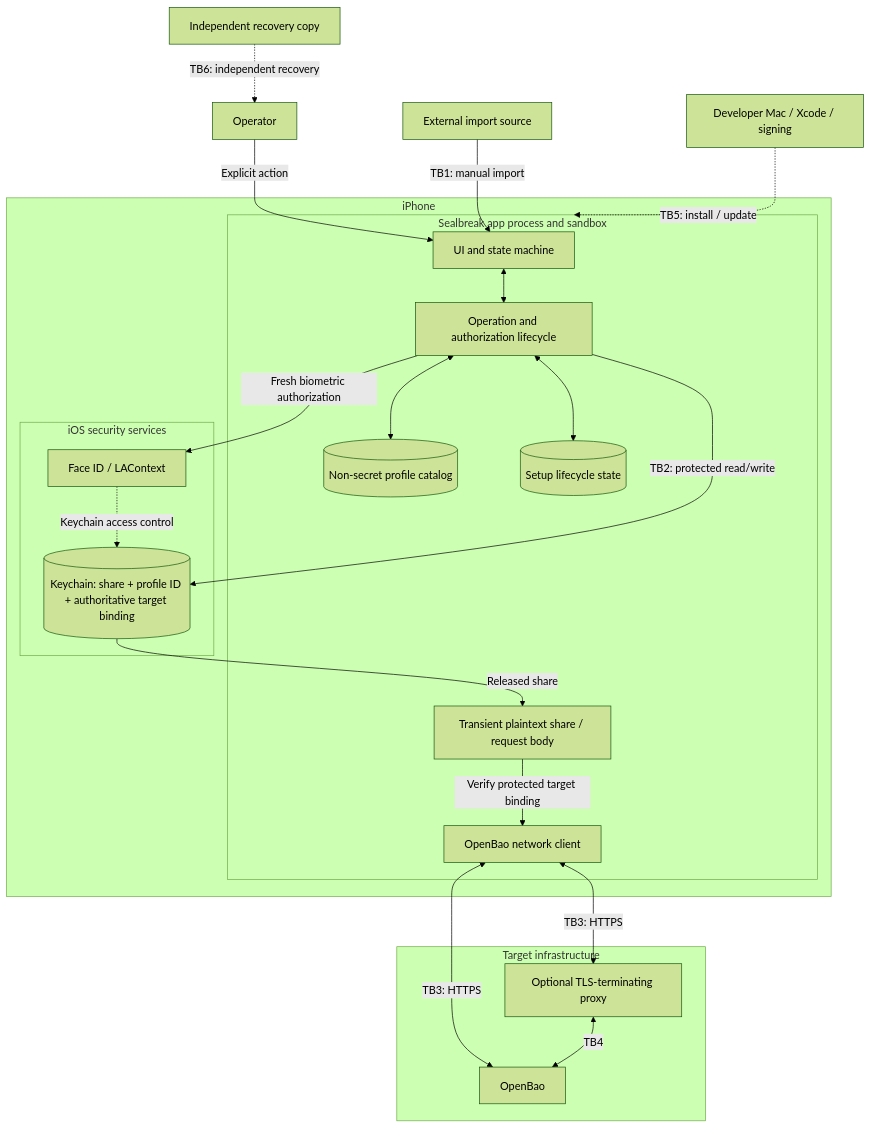
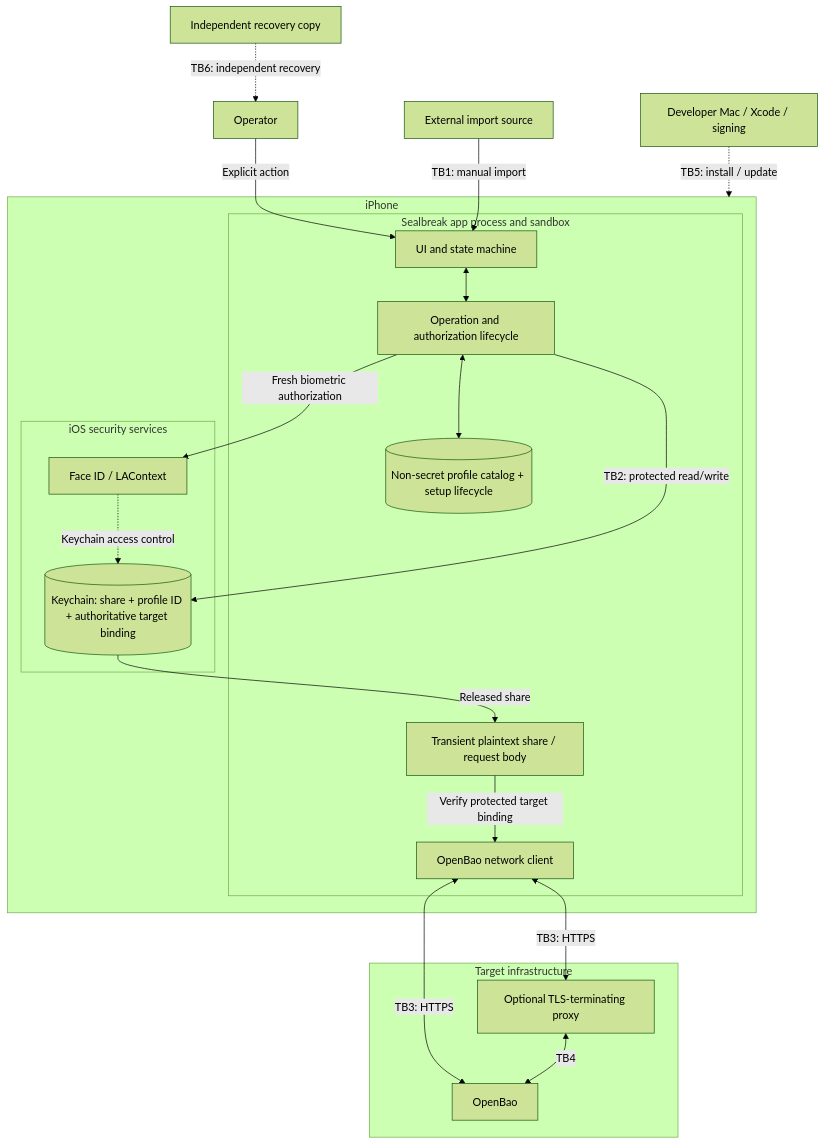
One commit to GeorgesAlkhouri/sealbreak changed the first of 2 diagrams in THREAT_MODEL.md. Above: the diagram before and after it, drawn with Mermaid (forest theme). The commit also changed other lines of this file, not shown here.

Commit message:
docs(threat-model): describe unified profile lifecycle

````diff
--- a/THREAT_MODEL.md
+++ b/THREAT_MODEL.md
@@ -58,47 +58,45 @@
 ```mermaid
 flowchart TB
     OP["Operator"]
     IMPORT["External import source"]
     REC["Independent recovery copy"]
     BUILD["Developer Mac / Xcode / signing"]
 
     subgraph PHONE["iPhone"]
         subgraph APP["Sealbreak app process and sandbox"]
             UI["UI and state machine"]
             MODEL["Operation and authorization lifecycle"]
-            DISPLAY[("Non-secret profile catalog")]
-            SETUPSTATE[("Setup lifecycle state")]
+            DISPLAY[("Non-secret profile catalog + setup lifecycle")]
             MEM["Transient plaintext share / request body"]
             NET["OpenBao network client"]
         end
 
         subgraph IOS["iOS security services"]
             AUTH["Face ID / LAContext"]
             KC[("Keychain: share + profile ID + authoritative target binding")]
         end
     end
 
     subgraph TARGET["Target infrastructure"]
         PROXY["Optional TLS-terminating proxy"]
         BAO["OpenBao"]
     end
 
     OP -->|"Explicit action"| UI
     IMPORT -->|"TB1: manual import"| UI
     BUILD -.->|"TB5: install / update"| APP
 
     UI <--> MODEL
     MODEL <--> DISPLAY
-    MODEL <--> SETUPSTATE
     MODEL -->|"Fresh biometric authorization"| AUTH
     AUTH -.->|"Keychain access control"| KC
     MODEL -->|"TB2: protected read/write"| KC
     KC -->|"Released share"| MEM
     MEM -->|"Verify protected target binding"| NET
 
     NET <-->|"TB3: HTTPS"| BAO
     NET <-->|"TB3: HTTPS"| PROXY
     PROXY <-->|"TB4"| BAO
 
     REC -.->|"TB6: independent recovery"| OP
 ```
````
